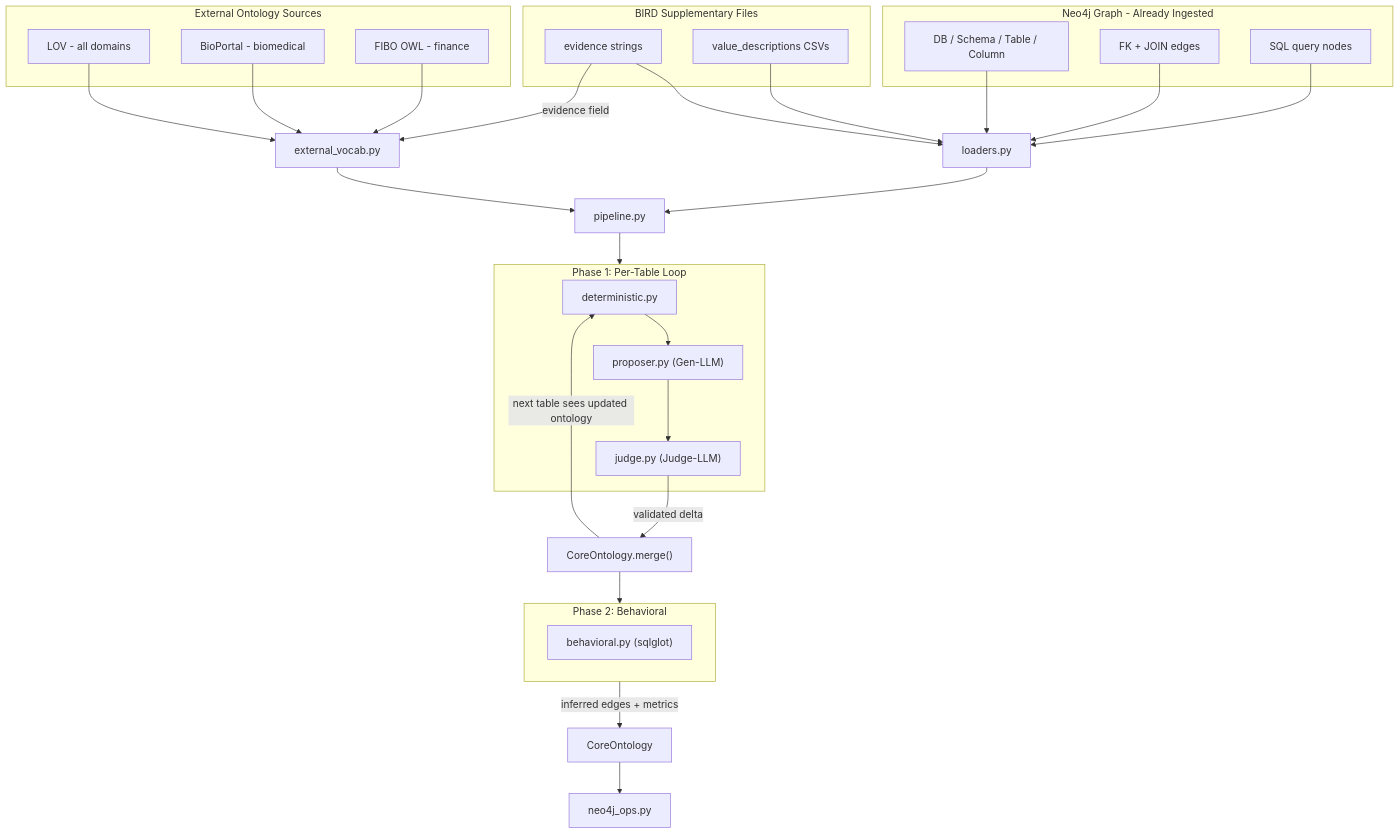
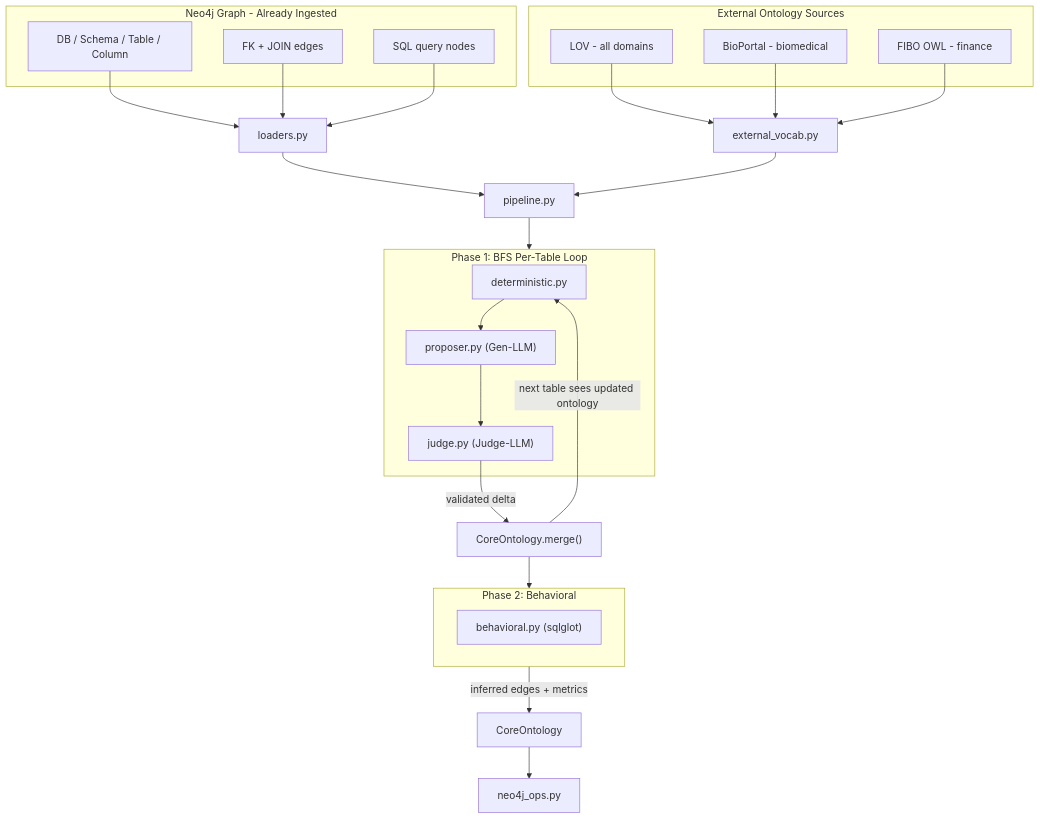
The diagram in gsf/ontology/rigor/diagrams/dataflow.mmd (Manushpm8/auto-ontology), drawn with Mermaid before and after one commit. The commit also changed 11 other files, not shown here.

```diff
--- a/gsf/ontology/rigor/diagrams/dataflow.mmd
+++ b/gsf/ontology/rigor/diagrams/dataflow.mmd
@@ -1,47 +1,40 @@
 flowchart TD
   subgraph primary ["Neo4j Graph - Already Ingested"]
     neo4jDB["DB / Schema / Table / Column"]
     neo4jFK["FK + JOIN edges"]
     neo4jSQL["SQL query nodes"]
-  end
-  subgraph bird ["BIRD Supplementary Files"]
-    EV["evidence strings"]
-    DD["value_descriptions CSVs"]
   end
   subgraph external ["External Ontology Sources"]
     LOV["LOV - all domains"]
     BP["BioPortal - biomedical"]
     FIBO["FIBO OWL - finance"]
   end
 
   neo4jDB --> loaders["loaders.py"]
   neo4jFK --> loaders
   neo4jSQL --> loaders
-  EV --> loaders
-  DD --> loaders
   LOV --> extVocab["external_vocab.py"]
   BP --> extVocab
   FIBO --> extVocab
-  EV -->|"evidence field"| extVocab
 
   loaders --> pipeline["pipeline.py"]
   extVocab --> pipeline
 
-  subgraph phase1 ["Phase 1: Per-Table Loop"]
+  subgraph phase1 ["Phase 1: BFS Per-Table Loop"]
     det["deterministic.py"]
     prop["proposer.py (Gen-LLM)"]
     jdg["judge.py (Judge-LLM)"]
     det --> prop --> jdg
   end
 
   pipeline --> phase1
   jdg -->|"validated delta"| merge["CoreOntology.merge()"]
   merge -->|"next table sees updated ontology"| det
 
   subgraph phase2 ["Phase 2: Behavioral"]
     beh["behavioral.py (sqlglot)"]
   end
 
   merge --> phase2
   phase2 -->|"inferred edges + metrics"| finalOntology["CoreOntology"]
   finalOntology --> neo4j["neo4j_ops.py"]
```
